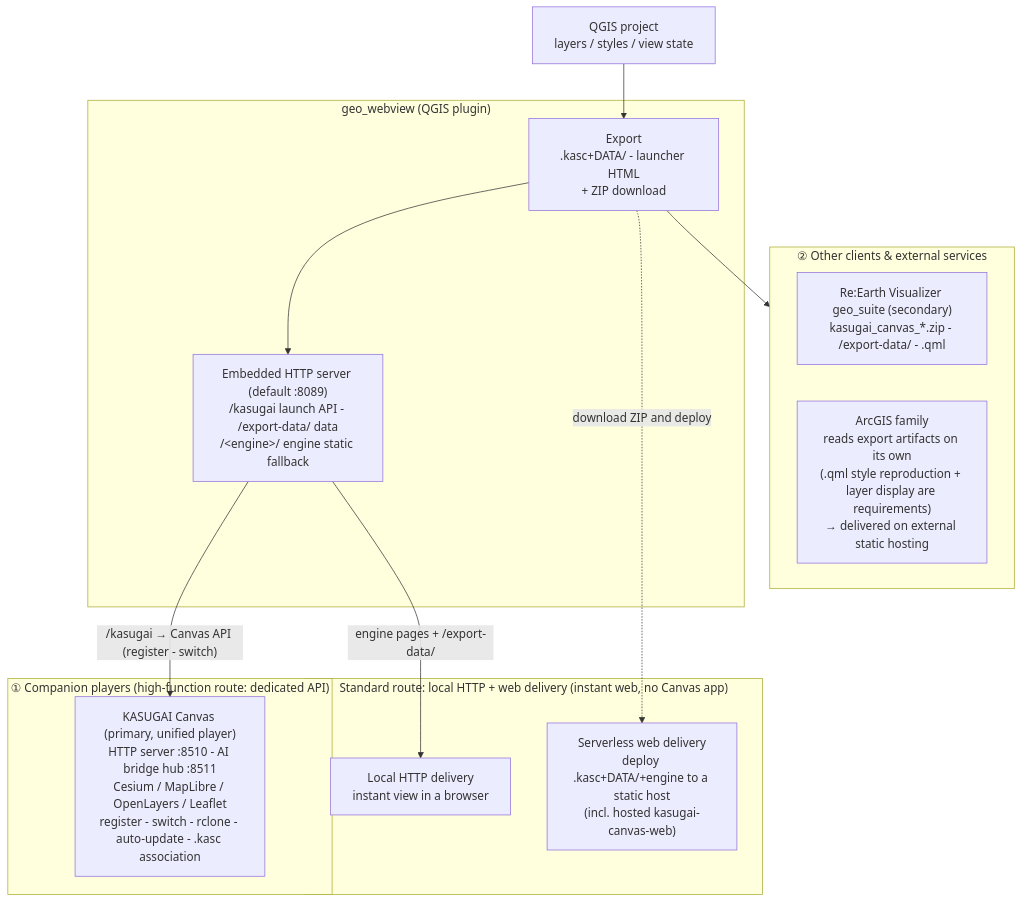
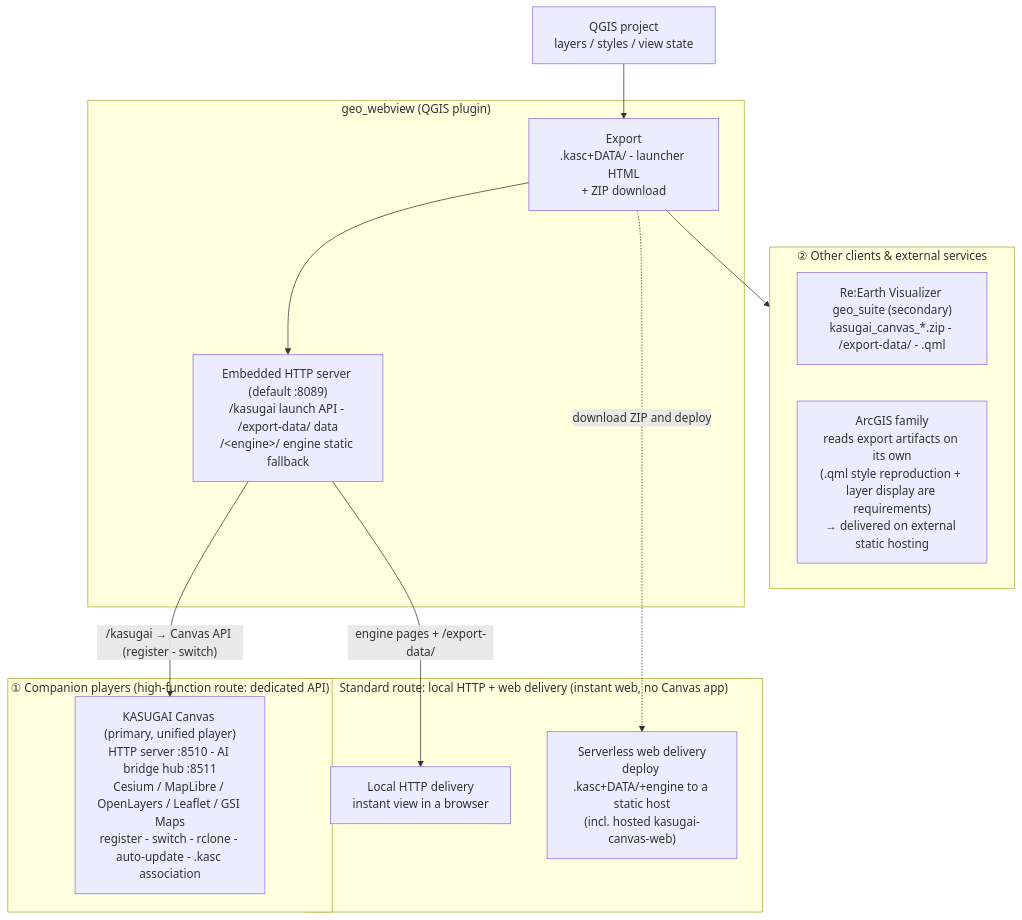
The diagram in qgis-plugin/geo_webview/INTEGRATION.md (yamamoto-ryuzo/qgis_live_harness), drawn with Mermaid before and after one commit. The commit also changed other lines of this file and 29 other files, not shown here.

First line of the commit message:
geo_webview 4.2.0: GSI Maps エンジン対応 + CORS許可リスト化

````diff
--- a/qgis-plugin/geo_webview/INTEGRATION.md
+++ b/qgis-plugin/geo_webview/INTEGRATION.md
@@ -11,30 +11,30 @@
 ```mermaid
 flowchart TB
     QGIS["QGIS project<br>layers / styles / view state"]
 
     subgraph GWBOX["geo_webview (QGIS plugin)"]
         GW["Export<br>.kasc+DATA/ - launcher HTML<br>+ ZIP download"]
         SRV["Embedded HTTP server (default :8089)<br>/kasugai launch API - /export-data/ data<br>/&lt;engine&gt;/ engine static fallback"]
     end
 
     subgraph G1["① Companion players (high-function route: dedicated API)"]
-        KC["KASUGAI Canvas (primary, unified player)<br>HTTP server :8510 - AI bridge hub :8511<br>Cesium / MapLibre / OpenLayers / Leaflet<br>register - switch - rclone - auto-update - .kasc association"]
+        KC["KASUGAI Canvas (primary, unified player)<br>HTTP server :8510 - AI bridge hub :8511<br>Cesium / MapLibre / OpenLayers / Leaflet / GSI Maps<br>register - switch - rclone - auto-update - .kasc association"]
     end
 
     subgraph NORM["Standard route: local HTTP + web delivery (instant web, no Canvas app)"]
         BR["Local HTTP delivery<br>instant view in a browser"]
         HOST["Serverless web delivery<br>deploy .kasc+DATA/+engine to a static host<br>(incl. hosted kasugai-canvas-web)"]
     end
 
     subgraph G2["② Other clients & external services"]
         RE["Re:Earth Visualizer geo_suite (secondary)<br>kasugai_canvas_*.zip - /export-data/ - .qml"]
         AG["ArcGIS family<br>reads export artifacts on its own<br>(.qml style reproduction + layer display are requirements)<br>→ delivered on external static hosting"]
     end
 
     QGIS --> GW
     GW --> SRV
     SRV -->|"/kasugai → Canvas API (register - switch)"| KC
     SRV -->|"engine pages + /export-data/"| BR
     GW -.->|"download ZIP and deploy"| HOST
     GW --> G2
 ```
````
